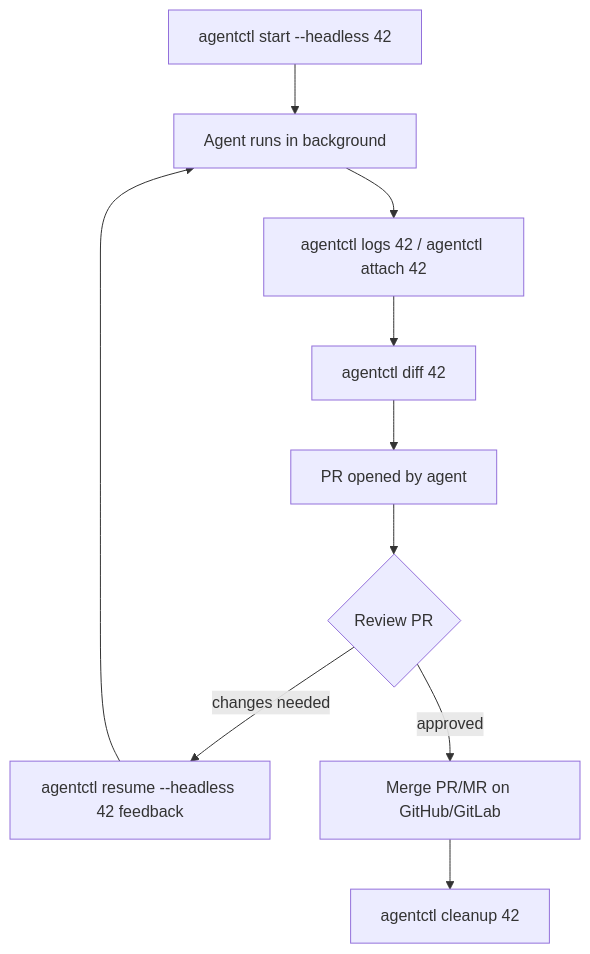
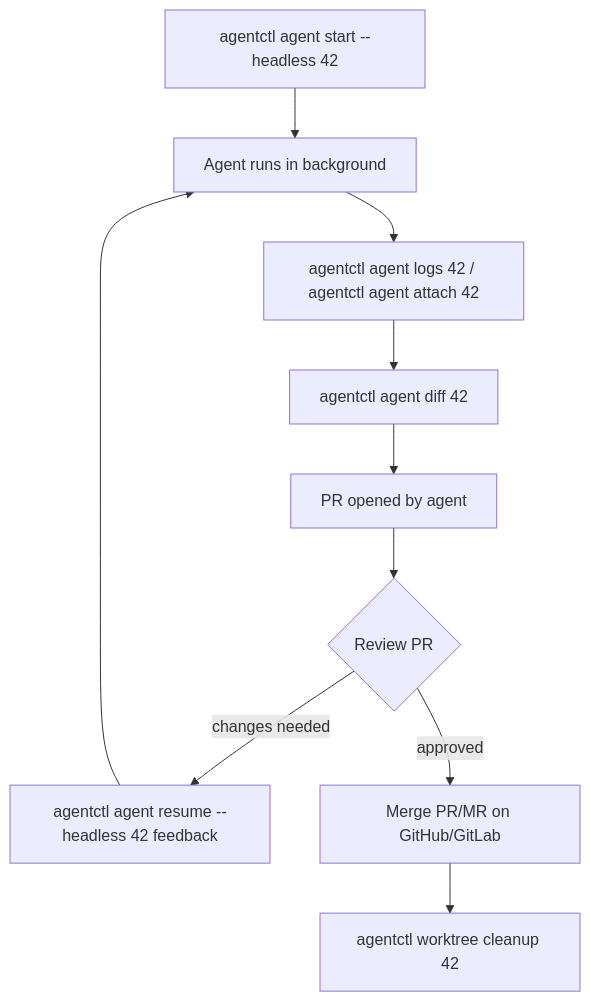
Before and after one commit to arun-gupta/agentctl: the second of 4 diagrams in docs/cli.md, drawn with Mermaid. The commit also changed other lines of this file and 4 other files, not shown here.

````diff
--- a/docs/cli.md
+++ b/docs/cli.md
@@ -84,12 +83,12 @@
 ```mermaid
 flowchart TD
-    A[agentctl start --headless 42] --> B[Agent runs in background]
-    B --> C[agentctl logs 42 / agentctl attach 42]
-    C --> D[agentctl diff 42]
+    A[agentctl agent start --headless 42] --> B[Agent runs in background]
+    B --> C[agentctl agent logs 42 / agentctl agent attach 42]
+    C --> D[agentctl agent diff 42]
     D --> E[PR opened by agent]
     E --> F{Review PR}
-    F -- changes needed --> G[agentctl resume --headless 42 feedback]
+    F -- changes needed --> G[agentctl agent resume --headless 42 feedback]
     G --> B
     F -- approved --> H[Merge PR/MR on GitHub/GitLab]
-    H --> I[agentctl cleanup 42]
+    H --> I[agentctl worktree cleanup 42]
 ```
````
